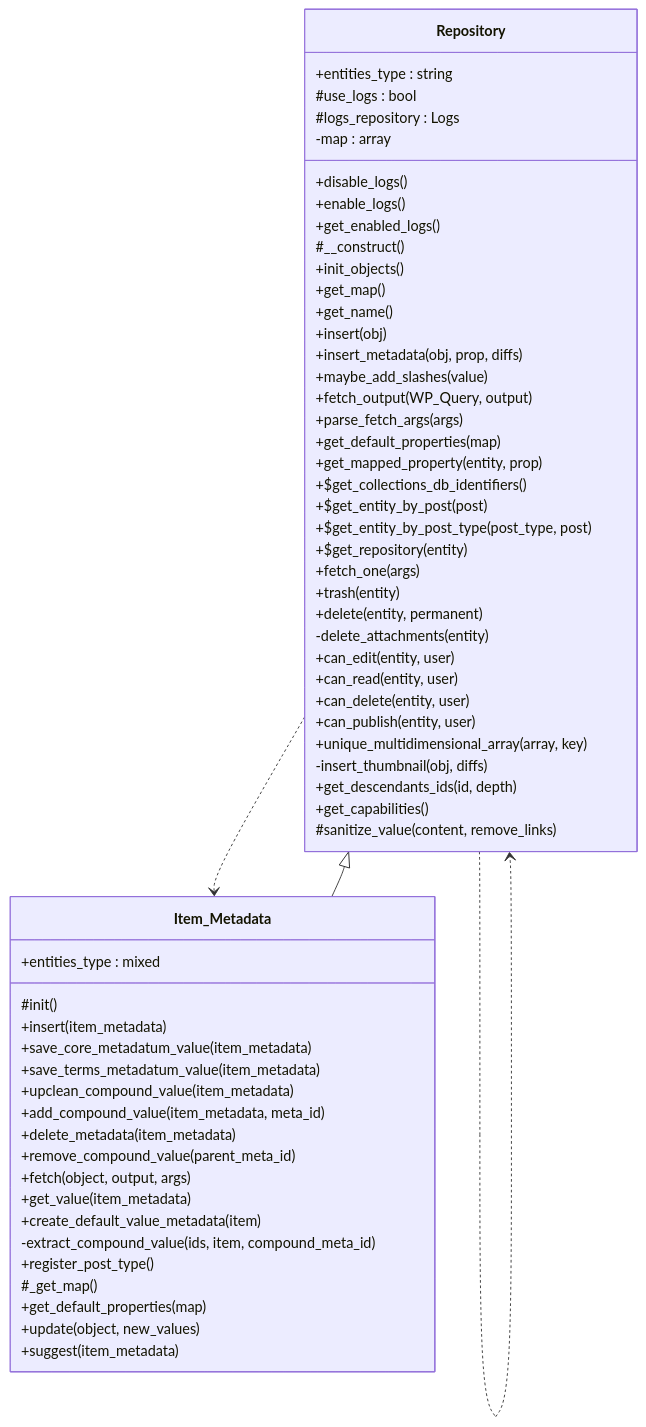
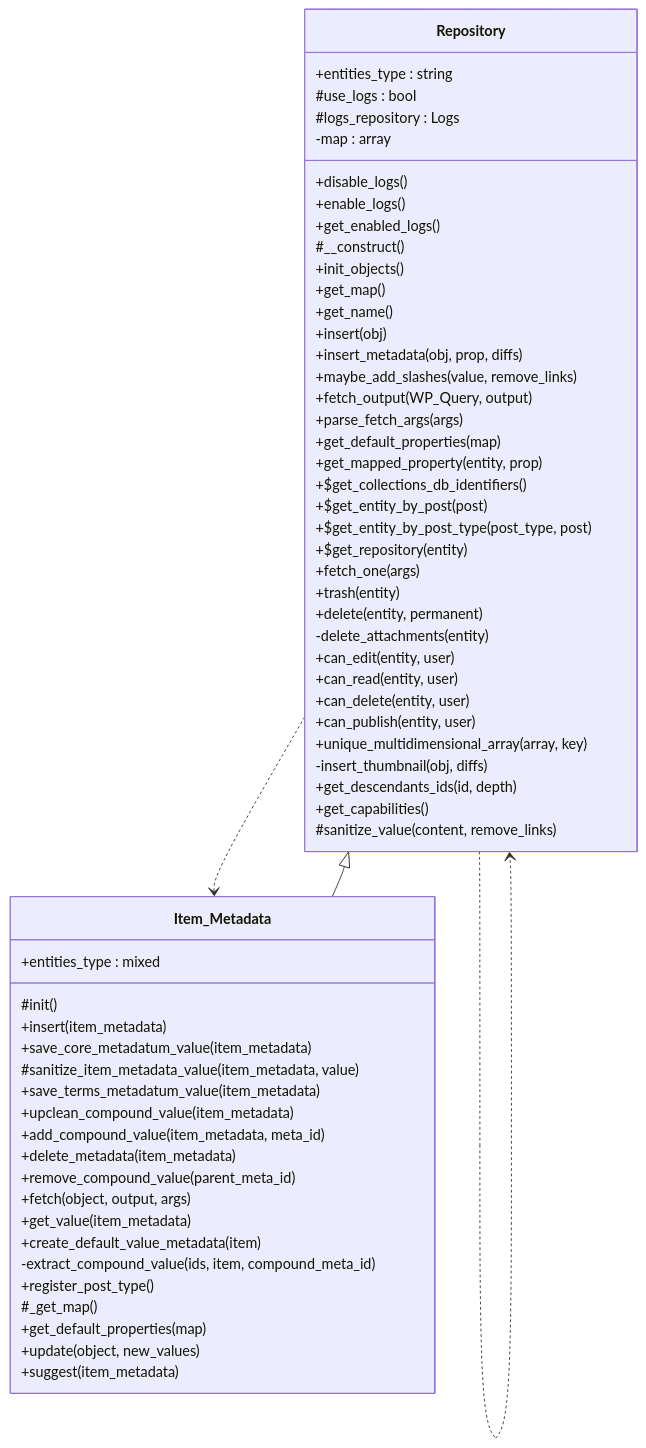
The diagram in docs/phpdoc/classes/Tainacan/Repositories/Item_Metadata.mmd (tainacan/tainacan), drawn with Mermaid before and after one commit. The commit also changed 122 other files, not shown here.

```diff
--- a/docs/phpdoc/classes/Tainacan/Repositories/Item_Metadata.mmd
+++ b/docs/phpdoc/classes/Tainacan/Repositories/Item_Metadata.mmd
@@ -1,62 +1,63 @@
 classDiagram
     direction TB
-    class Item_Metadata {
-        +entities_type : mixed
-        #init()
-        +insert(item_metadata)
-        +save_core_metadatum_value(item_metadata)
-        +save_terms_metadatum_value(item_metadata)
-        +upclean_compound_value(item_metadata)
-        +add_compound_value(item_metadata, meta_id)
-        +delete_metadata(item_metadata)
-        +remove_compound_value(parent_meta_id)
-        +fetch(object, output, args)
-        +get_value(item_metadata)
-        +create_default_value_metadata(item)
-        -extract_compound_value(ids, item, compound_meta_id)
-        +register_post_type()
-        #_get_map()
-        +get_default_properties(map)
-        +update(object, new_values)
-        +suggest(item_metadata)
-    }
     class Repository {
         +entities_type : string
         #use_logs : bool
         #logs_repository : Logs
         -map : array
         +disable_logs()
         +enable_logs()
         +get_enabled_logs()
         #__construct()
         +init_objects()
         +get_map()
         +get_name()
         +insert(obj)
         +insert_metadata(obj, prop, diffs)
-        +maybe_add_slashes(value)
+        +maybe_add_slashes(value, remove_links)
         +fetch_output(WP_Query, output)
         +parse_fetch_args(args)
         +get_default_properties(map)
         +get_mapped_property(entity, prop)
         +$get_collections_db_identifiers()
         +$get_entity_by_post(post)
         +$get_entity_by_post_type(post_type, post)
         +$get_repository(entity)
         +fetch_one(args)
         +trash(entity)
         +delete(entity, permanent)
         -delete_attachments(entity)
         +can_edit(entity, user)
         +can_read(entity, user)
         +can_delete(entity, user)
         +can_publish(entity, user)
         +unique_multidimensional_array(array, key)
         -insert_thumbnail(obj, diffs)
         +get_descendants_ids(id, depth)
         +get_capabilities()
         #sanitize_value(content, remove_links)
     }
+    class Item_Metadata {
+        +entities_type : mixed
+        #init()
+        +insert(item_metadata)
+        +save_core_metadatum_value(item_metadata)
+        #sanitize_item_metadata_value(item_metadata, value)
+        +save_terms_metadatum_value(item_metadata)
+        +upclean_compound_value(item_metadata)
+        +add_compound_value(item_metadata, meta_id)
+        +delete_metadata(item_metadata)
+        +remove_compound_value(parent_meta_id)
+        +fetch(object, output, args)
+        +get_value(item_metadata)
+        +create_default_value_metadata(item)
+        -extract_compound_value(ids, item, compound_meta_id)
+        +register_post_type()
+        #_get_map()
+        +get_default_properties(map)
+        +update(object, new_values)
+        +suggest(item_metadata)
+    }
     Repository ..> Item_Metadata
     Repository ..> Repository
     Repository <|-- Item_Metadata
```
